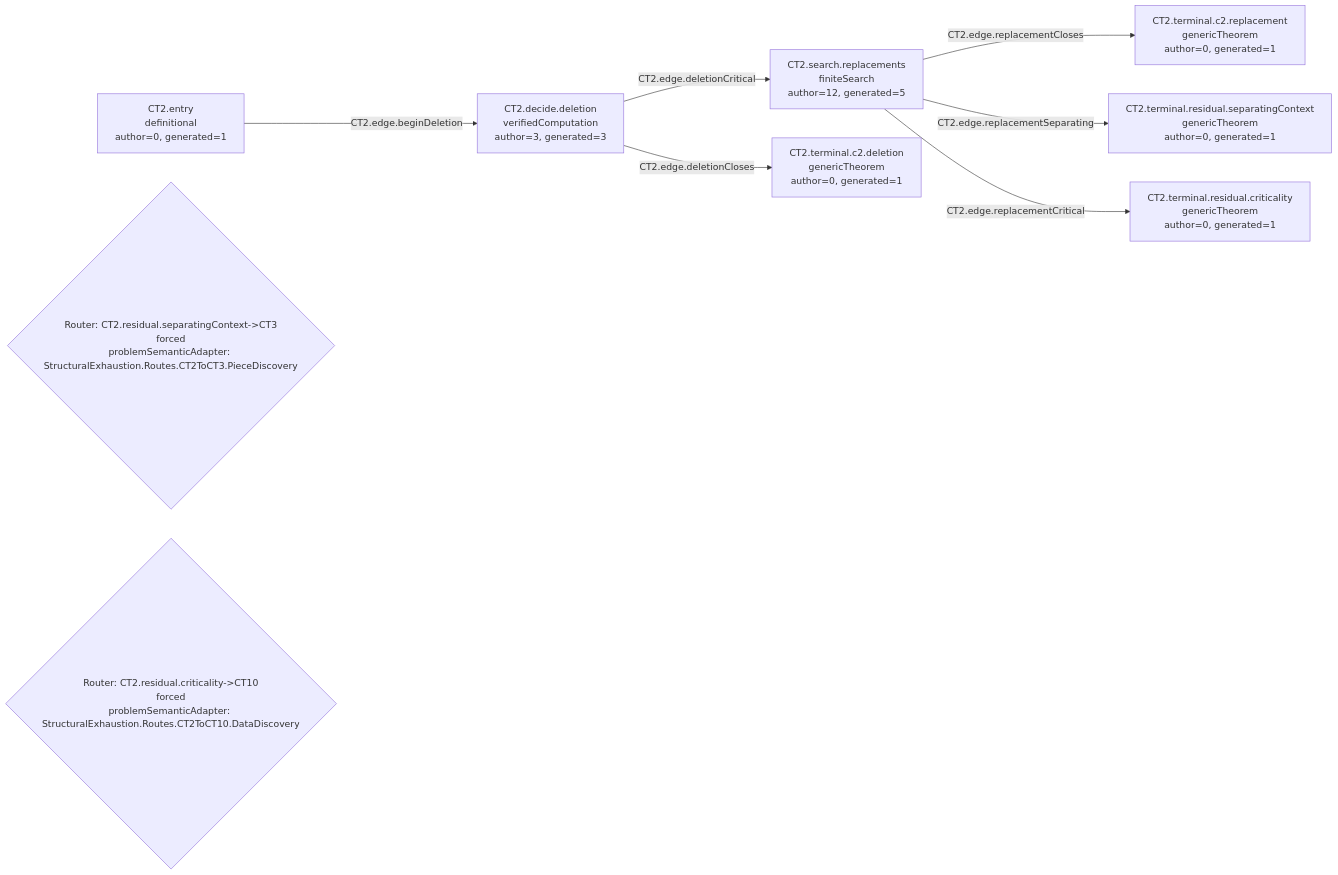
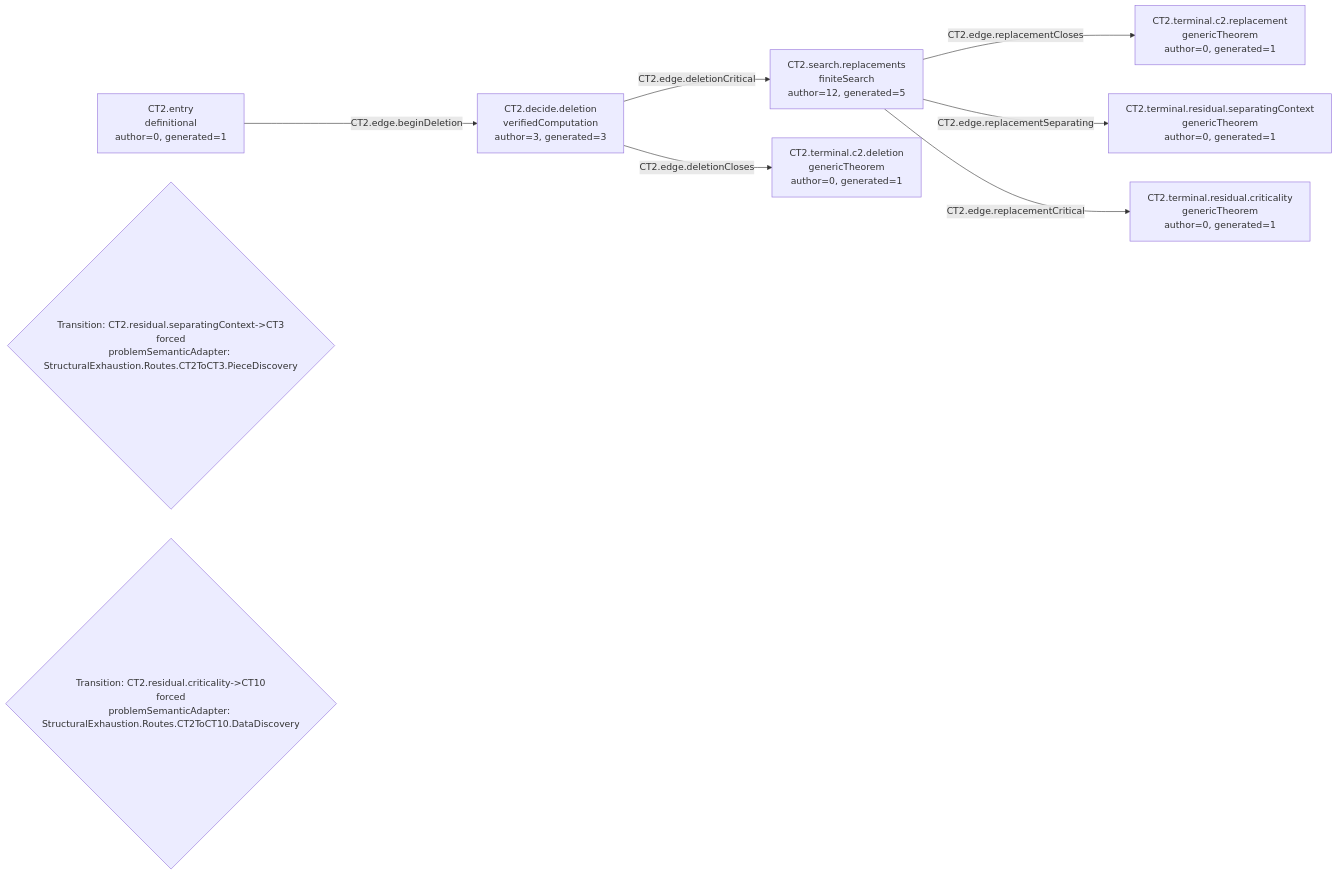
The diagram in generated/mermaid/CT2.mmd (Guillemdb/structural_exhaustion), drawn with Mermaid before and after one commit. The commit also changed 601 other files, not shown here.

```diff
--- a/generated/mermaid/CT2.mmd
+++ b/generated/mermaid/CT2.mmd
@@ -1,16 +1,16 @@
 flowchart LR
   N1["CT2.entry<br/>definitional<br/>author=0, generated=1"]
   N2["CT2.decide.deletion<br/>verifiedComputation<br/>author=3, generated=3"]
   N3["CT2.search.replacements<br/>finiteSearch<br/>author=12, generated=5"]
   N4["CT2.terminal.c2.deletion<br/>genericTheorem<br/>author=0, generated=1"]
   N5["CT2.terminal.c2.replacement<br/>genericTheorem<br/>author=0, generated=1"]
   N6["CT2.terminal.residual.separatingContext<br/>genericTheorem<br/>author=0, generated=1"]
   N7["CT2.terminal.residual.criticality<br/>genericTheorem<br/>author=0, generated=1"]
   N1 -->|CT2.edge.beginDeletion| N2
   N2 -->|CT2.edge.deletionCloses| N4
   N2 -->|CT2.edge.deletionCritical| N3
   N3 -->|CT2.edge.replacementCloses| N5
   N3 -->|CT2.edge.replacementSeparating| N6
   N3 -->|CT2.edge.replacementCritical| N7
-  R1{"Router: CT2.residual.separatingContext->CT3<br/>forced<br/>problemSemanticAdapter: StructuralExhaustion.Routes.CT2ToCT3.PieceDiscovery"}
-  R2{"Router: CT2.residual.criticality->CT10<br/>forced<br/>problemSemanticAdapter: StructuralExhaustion.Routes.CT2ToCT10.DataDiscovery"}
+  P1{"Transition: CT2.residual.separatingContext->CT3<br/>forced<br/>problemSemanticAdapter: StructuralExhaustion.Routes.CT2ToCT3.PieceDiscovery"}
+  P2{"Transition: CT2.residual.criticality->CT10<br/>forced<br/>problemSemanticAdapter: StructuralExhaustion.Routes.CT2ToCT10.DataDiscovery"}
```
